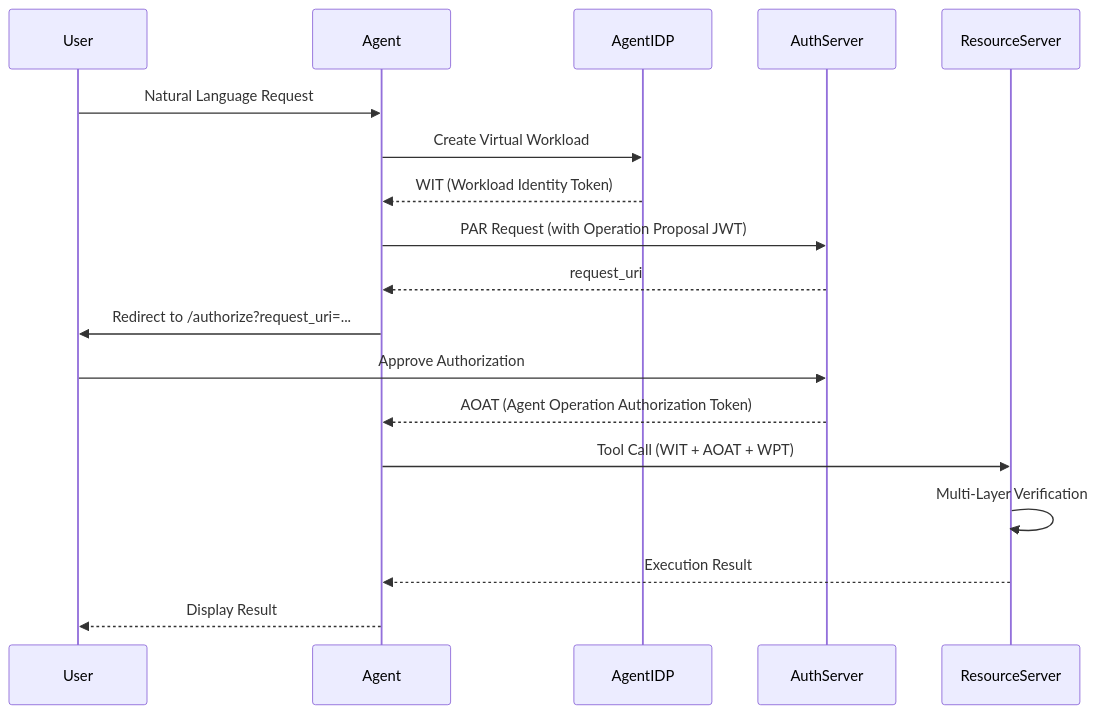
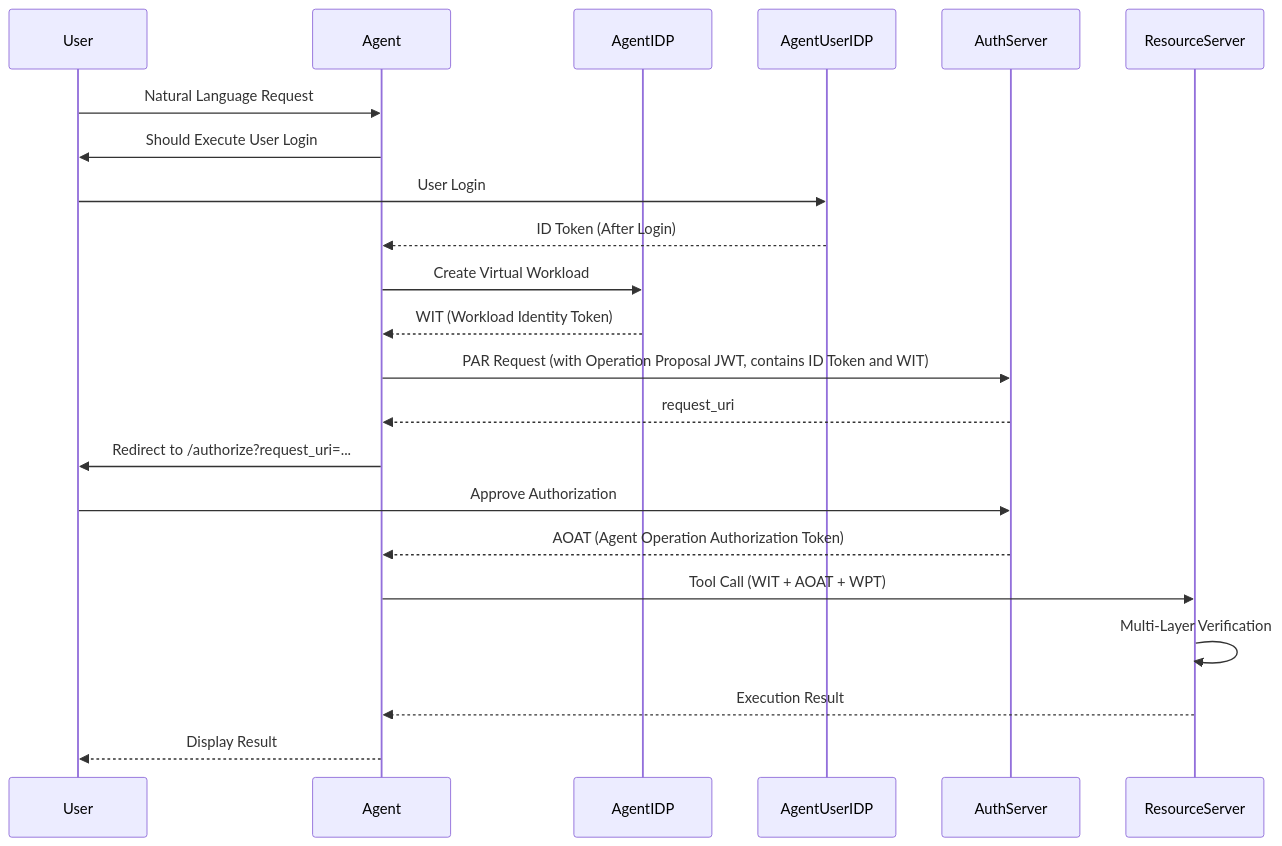
One commit to alibaba/open-agent-auth changed the diagram in README.md. Above: the diagram before and after it, drawn with Mermaid. The commit also changed other lines of this file and 153 other files, not shown here.

````diff
--- a/README.md
+++ b/README.md
@@ -239,21 +240,25 @@
 ```mermaid
 sequenceDiagram
     participant User
     participant Agent
     participant AgentIDP
+    participant AgentUserIDP
     participant AuthServer
     participant ResourceServer
 
     User->>Agent: Natural Language Request
+    Agent->>User: Should Execute User Login
+    User->>AgentUserIDP: User Login
+    AgentUserIDP-->>Agent: ID Token (After Login)
     Agent->>AgentIDP: Create Virtual Workload
     AgentIDP-->>Agent: WIT (Workload Identity Token)
-    Agent->>AuthServer: PAR Request (with Operation Proposal JWT)
+    Agent->>AuthServer: PAR Request (with Operation Proposal JWT, contains ID Token and WIT)
     AuthServer-->>Agent: request_uri
     Agent->>User: Redirect to /authorize?request_uri=...
     User->>AuthServer: Approve Authorization
     AuthServer-->>Agent: AOAT (Agent Operation Authorization Token)
     Agent->>ResourceServer: Tool Call (WIT + AOAT + WPT)
     ResourceServer->>ResourceServer: Multi-Layer Verification
     ResourceServer-->>Agent: Execution Result
     Agent-->>User: Display Result
 ```
````
